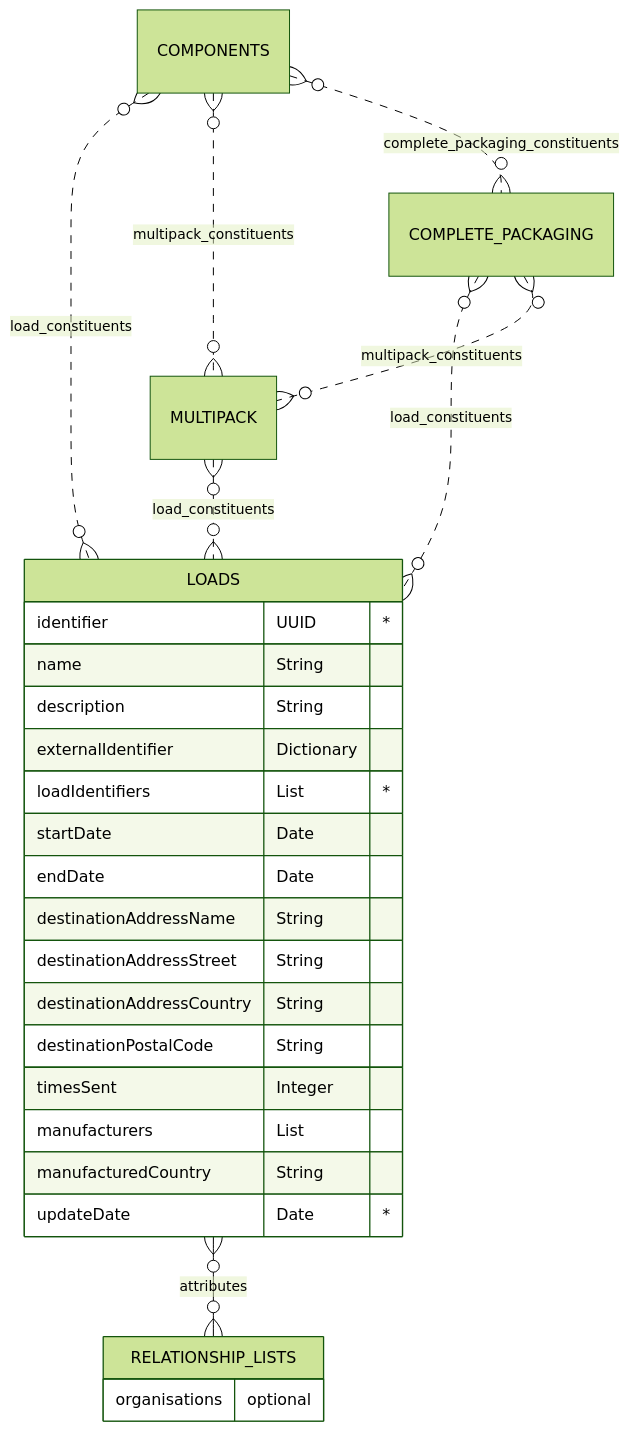
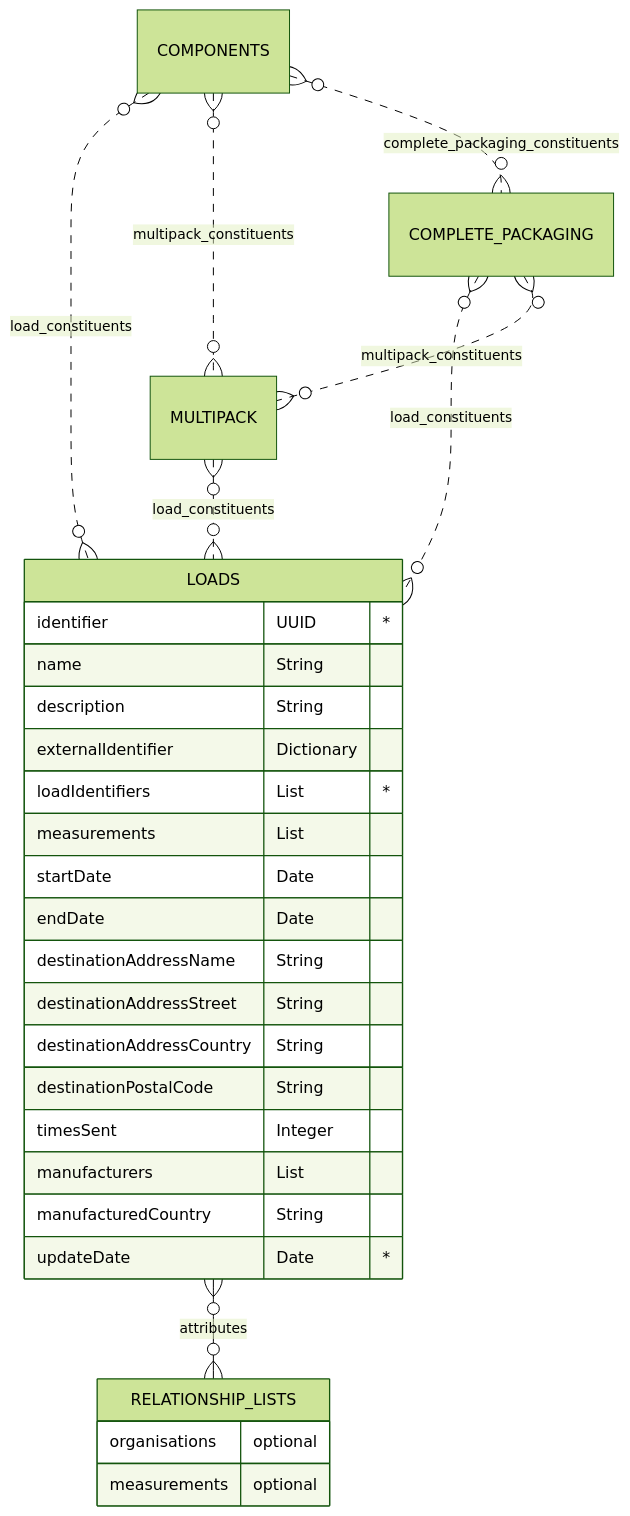
The first of 2 diagrams in docs/3_Data_Specification/3_7_Load.md (OpenDataManchester/Open3P), drawn with Mermaid (forest theme) before and after one commit. The commit also changed other lines of this file, not shown here.

Commit message:
Add measurements load

````diff
--- a/docs/3_Data_Specification/3_7_Load.md
+++ b/docs/3_Data_Specification/3_7_Load.md
@@ -33,30 +34,32 @@
 ``` mermaid
 erDiagram
 COMPLETE_PACKAGING }o..o{ LOADS : load_constituents
 COMPONENTS }o..o{ LOADS : load_constituents
 MULTIPACK }o..o{ LOADS : load_constituents
 COMPONENTS }o..o{ MULTIPACK : multipack_constituents
 COMPLETE_PACKAGING }o..o{ MULTIPACK : multipack_constituents
 COMPONENTS }o..o{ COMPLETE_PACKAGING : complete_packaging_constituents
   LOADS {
     identifier UUID "*"
     name String
     description String
     externalIdentifier Dictionary
     loadIdentifiers List "*"
+    measurements List
     startDate Date
     endDate Date
     destinationAddressName String
     destinationAddressStreet String
     destinationAddressCountry String
     destinationPostalCode String
     timesSent Integer
     manufacturers List
     manufacturedCountry String
     updateDate Date "*"
   }
   LOADS }o--o{ RELATIONSHIP_LISTS : attributes
   RELATIONSHIP_LISTS {
       organisations optional
+      measurements optional
     }
 ```
````
